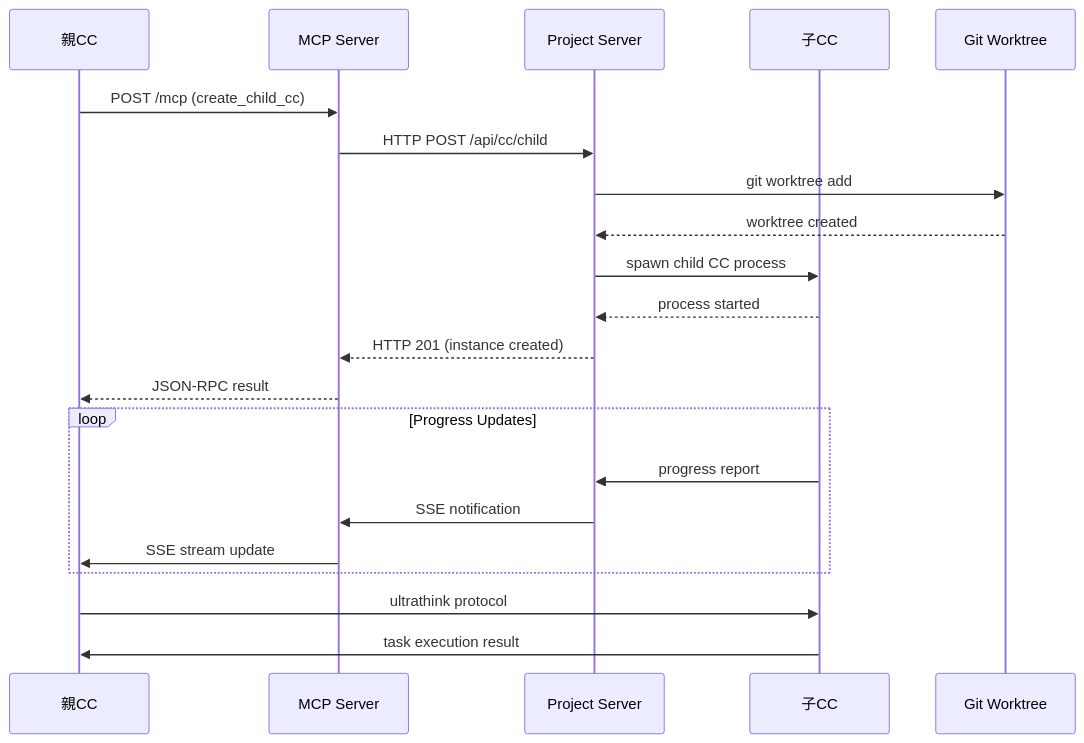
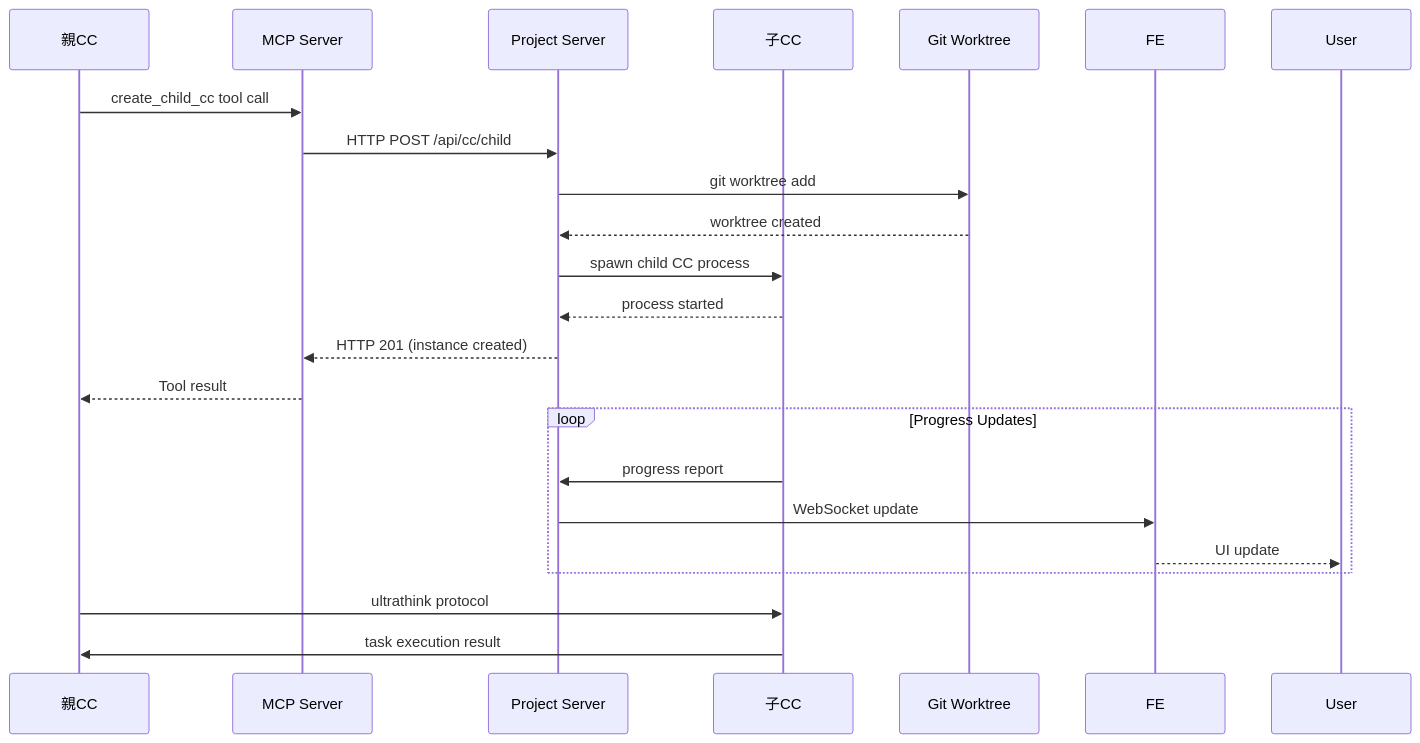
One commit to pon0204/cc-parallel-executor changed the second of 3 diagrams in docs/architecture.md. Above: the diagram before and after it, drawn with Mermaid. The commit also changed other lines of this file and 16 other files, not shown here.

````diff
--- a/docs/architecture.md
+++ b/docs/architecture.md
@@ -359,26 +354,26 @@
 ```mermaid
 sequenceDiagram
     participant PC as 親CC
     participant MCP as MCP Server
     participant PS as Project Server
     participant CC as 子CC
     participant WT as Git Worktree
     
-    PC->>MCP: POST /mcp (create_child_cc)
+    PC->>MCP: create_child_cc tool call
     MCP->>PS: HTTP POST /api/cc/child
     PS->>WT: git worktree add
     WT-->>PS: worktree created
     PS->>CC: spawn child CC process
     CC-->>PS: process started
     PS-->>MCP: HTTP 201 (instance created)
-    MCP-->>PC: JSON-RPC result
+    MCP-->>PC: Tool result
     
     loop Progress Updates
         CC->>PS: progress report
-        PS->>MCP: SSE notification
-        MCP->>PC: SSE stream update
+        PS->>FE: WebSocket update
+        FE-->>User: UI update
     end
     
     PC->>CC: ultrathink protocol
     CC->>PC: task execution result
 ```
````
